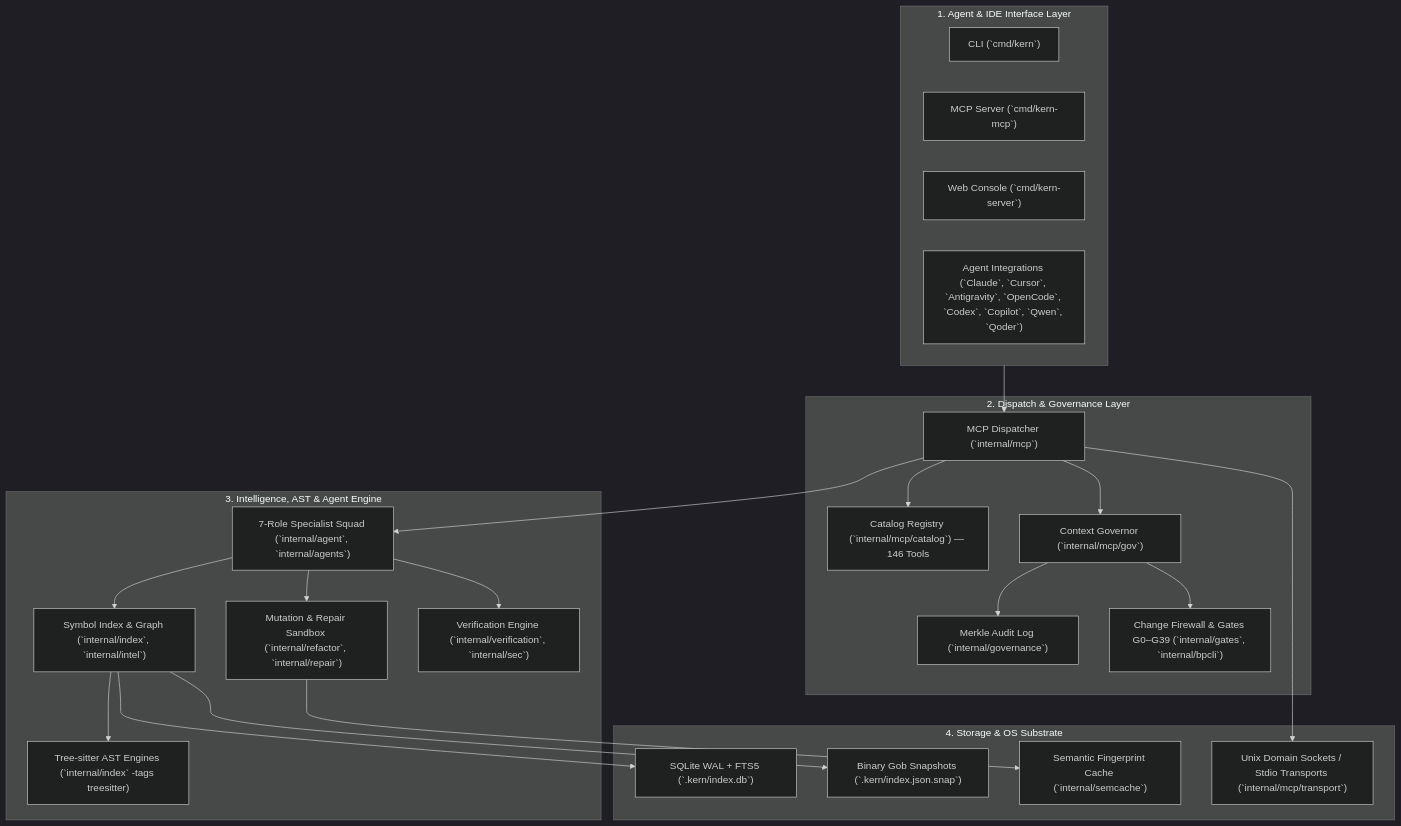
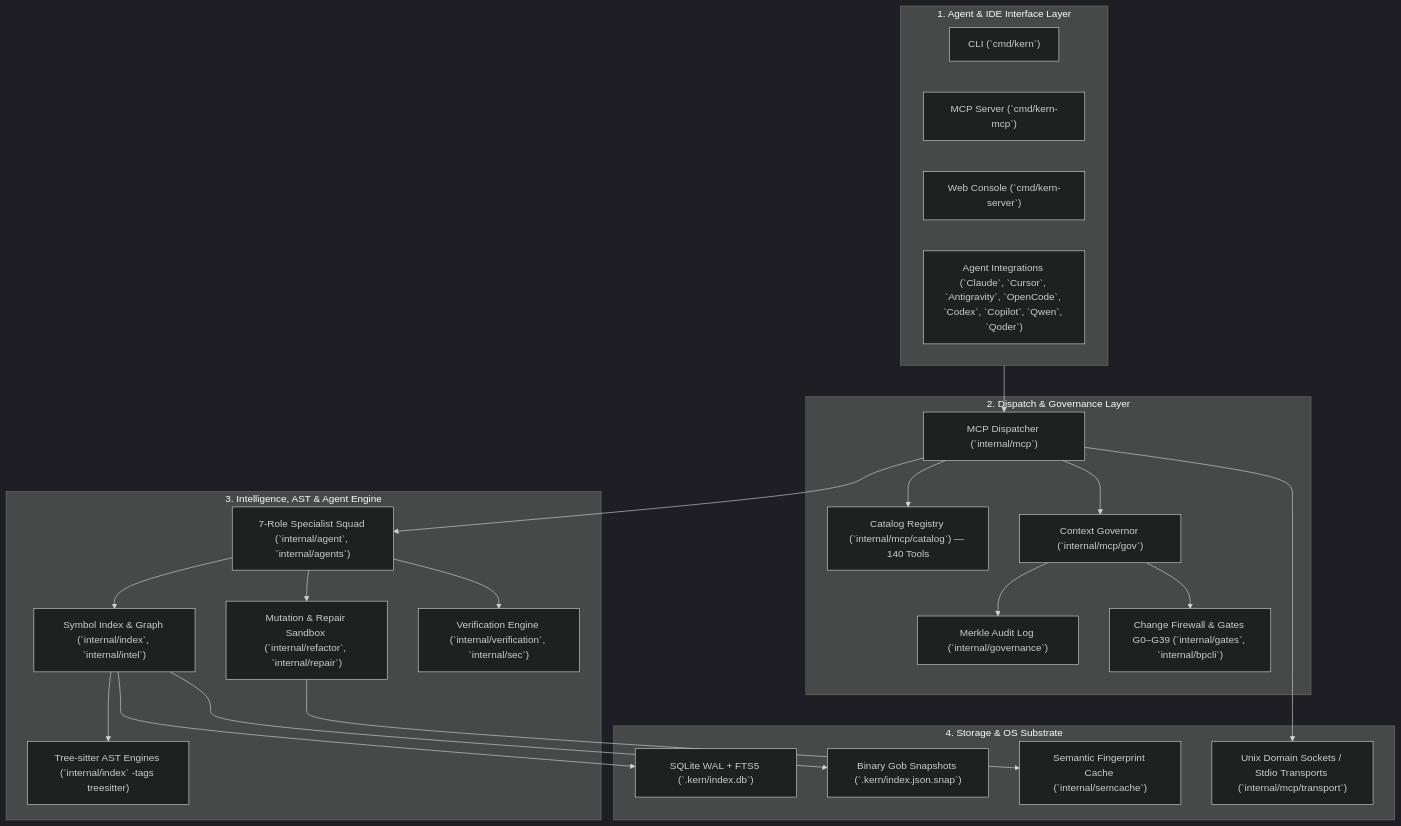
Before and after one commit to JayveerPrajapati/kern: the first of 3 diagrams in docs/architecture.md, drawn with Mermaid (dark theme). The commit also changed 3 other files, not shown here.

First line of the commit message:
docs: update documentation, architecture specifications, ADRs, and release notes

````diff
--- a/docs/architecture.md
+++ b/docs/architecture.md
@@ -11,47 +11,47 @@
 ```mermaid
 graph TD
     subgraph Clients["1. Agent & IDE Interface Layer"]
         CLI["CLI (`cmd/kern`)"]
         MCPServer["MCP Server (`cmd/kern-mcp`)"]
         WebConsole["Web Console (`cmd/kern-server`)"]
         Agents["Agent Integrations (`Claude`, `Cursor`, `Antigravity`, `OpenCode`, `Codex`, `Copilot`, `Qwen`, `Qoder`)"]
     end
 
     subgraph Governance["2. Dispatch & Governance Layer"]
         MCPMux["MCP Dispatcher (`internal/mcp`)"]
-        Catalog["Catalog Registry (`internal/mcp/catalog`) — 146 Tools"]
+        Catalog["Catalog Registry (`internal/mcp/catalog`) — 140 Tools"]
         Gov["Context Governor (`internal/mcp/gov`)"]
         Audit["Merkle Audit Log (`internal/governance`)"]
         Firewall["Change Firewall & Gates G0–G39 (`internal/gates`, `internal/bpcli`)"]
     end
 
     subgraph Intelligence["3. Intelligence, AST & Agent Engine"]
         IndexEngine["Symbol Index & Graph (`internal/index`, `internal/intel`)"]
         TreeSitter["Tree-sitter AST Engines (`internal/index` -tags treesitter)"]
         Squad["7-Role Specialist Squad (`internal/agent`, `internal/agents`)"]
         RefactorEngine["Mutation & Repair Sandbox (`internal/refactor`, `internal/repair`)"]
         Verification["Verification Engine (`internal/verification`, `internal/sec`)"]
     end
 
     subgraph Storage["4. Storage & OS Substrate"]
         SQLite["SQLite WAL + FTS5 (`.kern/index.db`)"]
         GobSnap["Binary Gob Snapshots (`.kern/index.json.snap`)"]
         SemCache["Semantic Fingerprint Cache (`internal/semcache`)"]
         UDS["Unix Domain Sockets / Stdio Transports (`internal/mcp/transport`)"]
     end
 
     Clients --> MCPMux
     MCPMux --> Catalog
     MCPMux --> Gov
     Gov --> Audit
     Gov --> Firewall
     MCPMux --> Squad
     Squad --> IndexEngine
     Squad --> RefactorEngine
     Squad --> Verification
     IndexEngine --> TreeSitter
     IndexEngine --> SQLite
     IndexEngine --> GobSnap
     RefactorEngine --> SemCache
     MCPMux --> UDS
 ```
````
